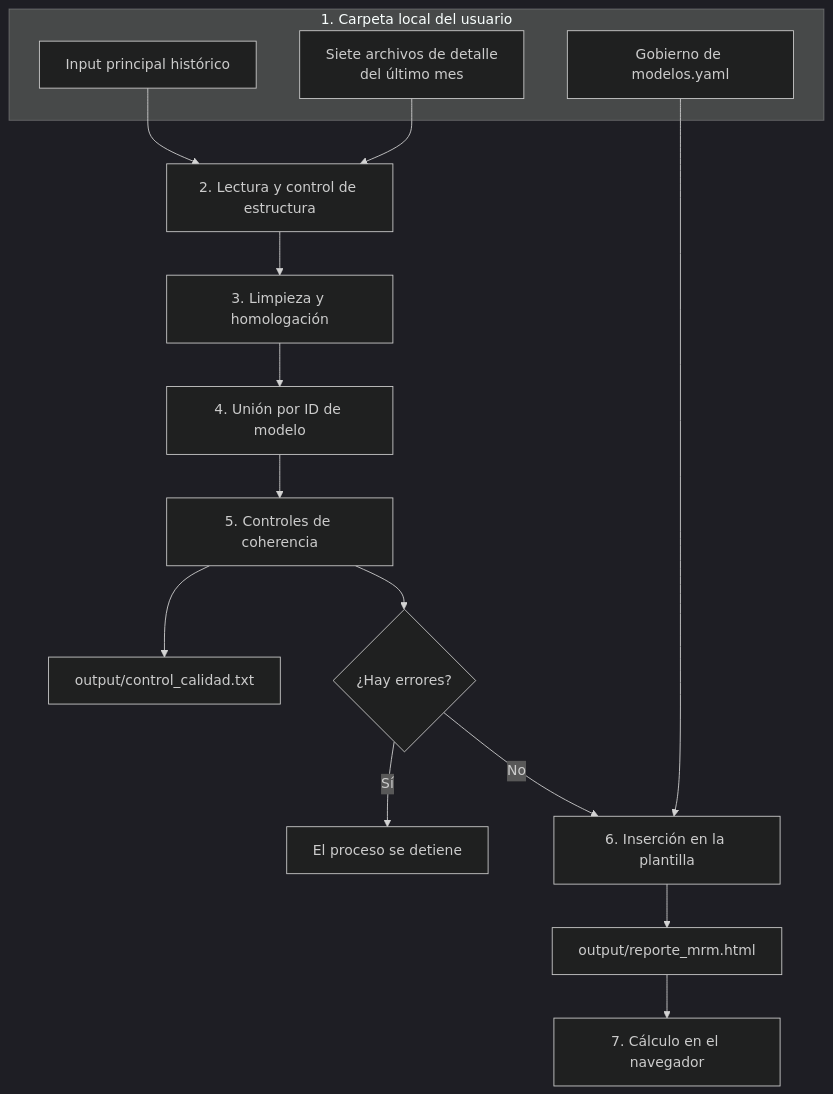
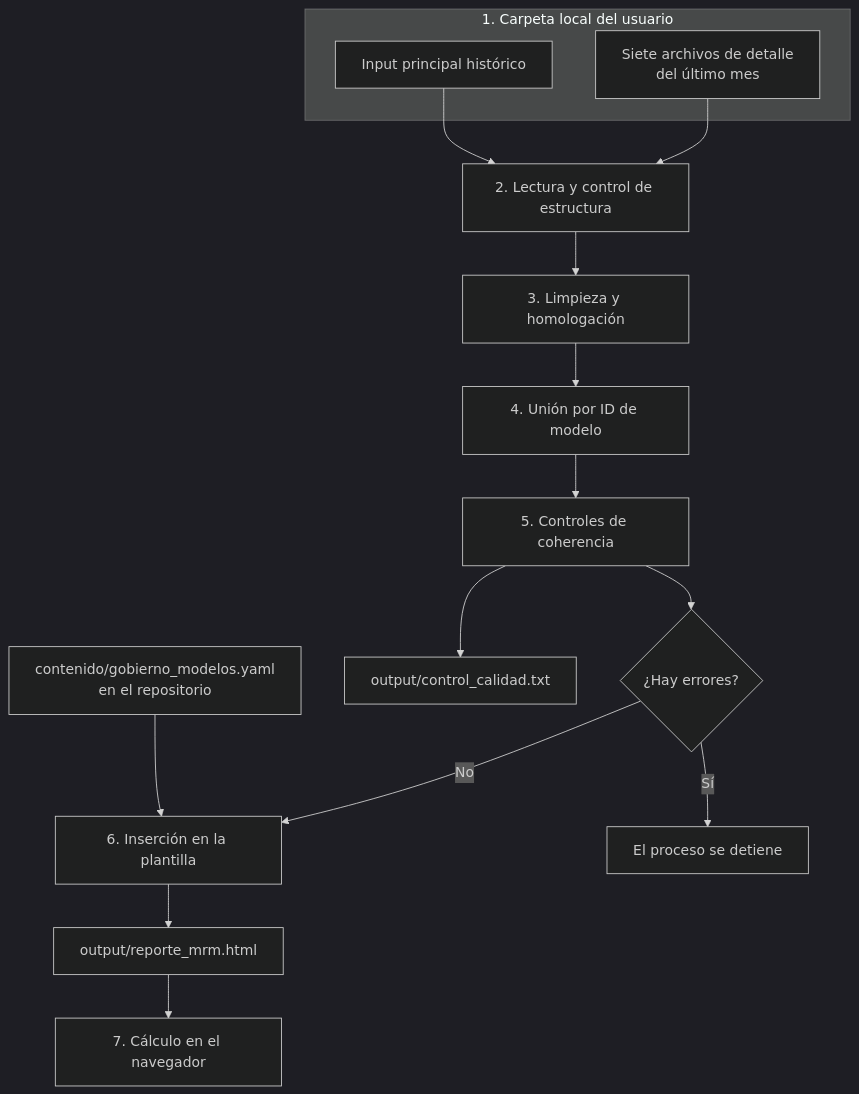
The diagram in docs/proceso.md (DanteBarreto/Score-MRM-2.0), drawn with Mermaid (dark theme) before and after one commit. The commit also changed other lines of this file and 14 other files, not shown here.

First line of the commit message:
Incluir el contenido de Gobierno en el repositorio

````diff
--- a/docs/proceso.md
+++ b/docs/proceso.md
@@ -7,20 +7,19 @@
 ```mermaid
 flowchart TD
     subgraph E[1. Carpeta local del usuario]
       A[Input principal histórico]
       D[Siete archivos de detalle<br>del último mes]
-      G[Gobierno de modelos.yaml]
     end
     A --> L[2. Lectura y control de estructura]
     D --> L
-    G --> P
+    G[contenido/gobierno_modelos.yaml<br>en el repositorio] --> P
     L --> H[3. Limpieza y homologación]
     H --> U[4. Unión por ID de modelo]
     U --> C[5. Controles de coherencia]
     C --> Q[output/control_calidad.txt]
     C --> X{¿Hay errores?}
     X -- Sí --> S[El proceso se detiene]
     X -- No --> P[6. Inserción en la plantilla]
     P --> R[output/reporte_mrm.html]
     R --> N[7. Cálculo en el navegador]
 ```
````
